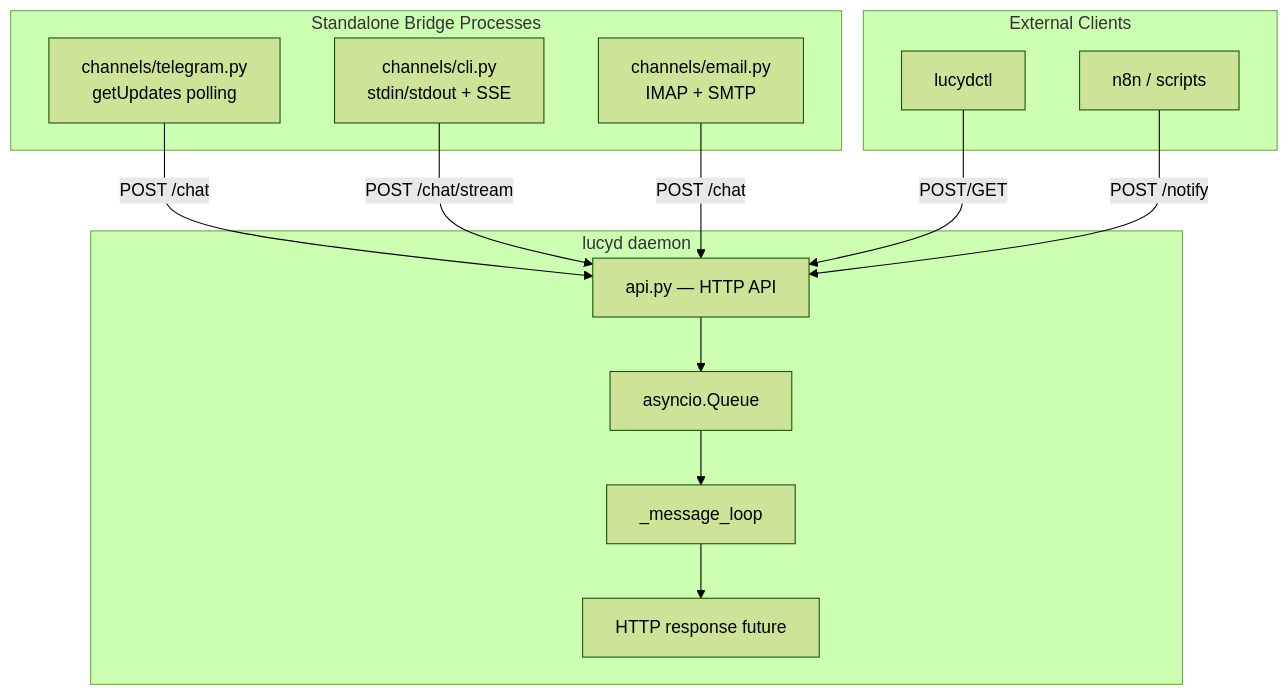
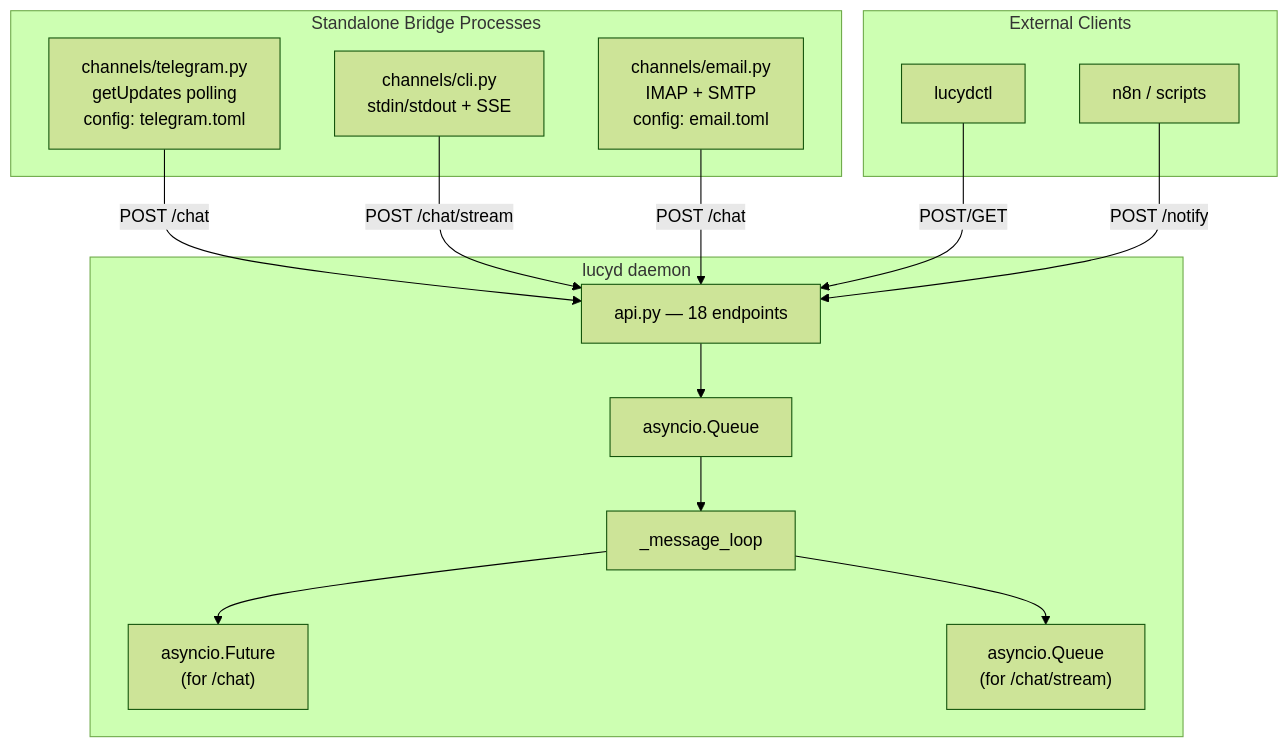
Before and after one commit to nicolasforstinger/lucyd: the eighth of 10 diagrams in docs/diagrams.md, drawn with Mermaid (forest theme). The commit also changed other lines of this file and 1 other file, not shown here.

First line of the commit message:
Rewrite diagrams.md and operations.md from code

````diff
--- a/docs/diagrams.md
+++ b/docs/diagrams.md
@@ -305,29 +303,31 @@
 ```mermaid
 flowchart TD
     subgraph Bridges["Standalone Bridge Processes"]
-        TG["channels/telegram.py<br/>getUpdates polling"]
+        TG["channels/telegram.py<br/>getUpdates polling<br/>config: telegram.toml"]
         CLI["channels/cli.py<br/>stdin/stdout + SSE"]
-        EMAIL["channels/email.py<br/>IMAP + SMTP"]
+        EMAIL["channels/email.py<br/>IMAP + SMTP<br/>config: email.toml"]
     end
 
     subgraph Daemon["lucyd daemon"]
-        API["api.py — HTTP API"]
+        API["api.py — 18 endpoints"]
         Q["asyncio.Queue"]
         LOOP["_message_loop"]
-        FUTURE["HTTP response future"]
+        FUTURE["asyncio.Future<br/>(for /chat)"]
+        SSE["asyncio.Queue<br/>(for /chat/stream)"]
     end
 
     subgraph External["External Clients"]
         CTL["lucydctl"]
         N8N["n8n / scripts"]
     end
 
     TG -->|"POST /chat"| API
     CLI -->|"POST /chat/stream"| API
     EMAIL -->|"POST /chat"| API
     CTL -->|"POST/GET"| API
     N8N -->|"POST /notify"| API
 
     API --> Q --> LOOP
     LOOP --> FUTURE
+    LOOP --> SSE
 ```
````
